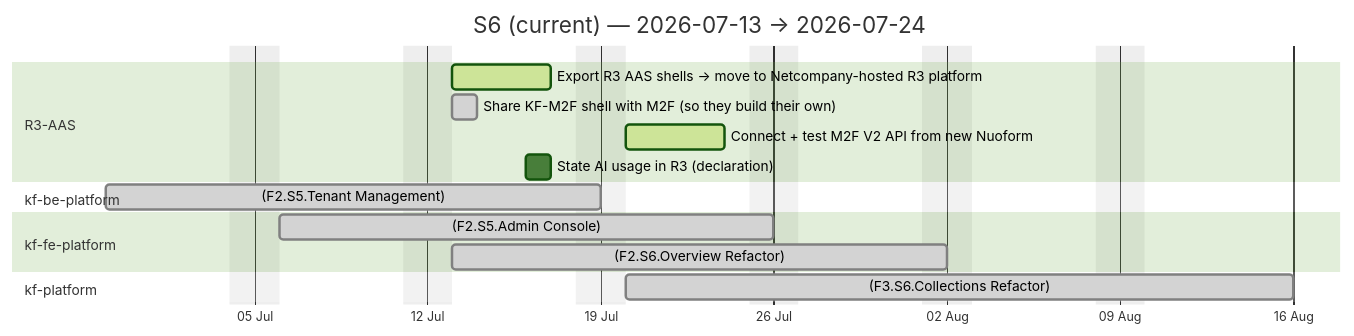
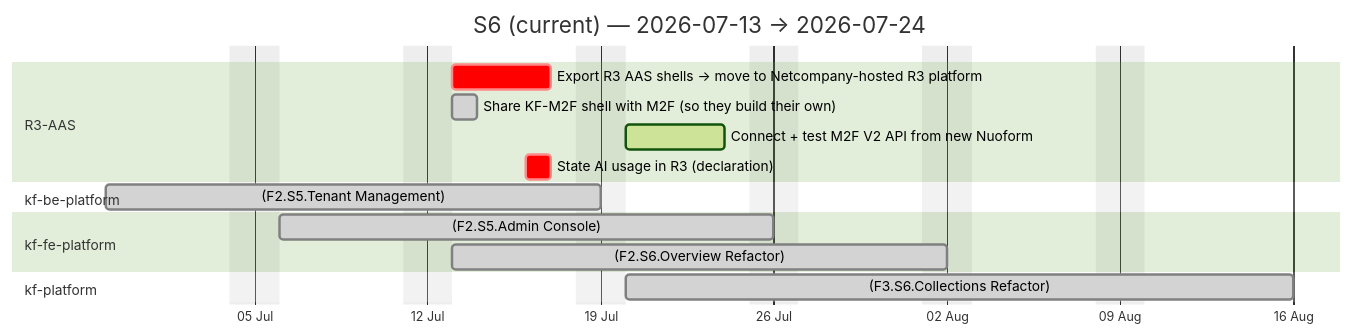
One commit to Katty-Fashion/kf-cpto changed the third of 4 diagrams in docs/agile-sprints.md. Above: the diagram before and after it, drawn with Mermaid (forest theme). The commit also changed other lines of this file and 14 other files, not shown here.

````diff
--- a/docs/agile-sprints.md
+++ b/docs/agile-sprints.md
@@ -81,20 +81,20 @@
 ```mermaid
 gantt
     title S6 (current) — 2026-07-13 → 2026-07-24
     dateFormat YYYY-MM-DD
     axisFormat %d %b
     excludes weekends
 
     section R3-AAS
-    Export R3 AAS shells → move to Netcompany-hosted R3 platform :active, 2026-07-13, 2026-07-17
+    Export R3 AAS shells → move to Netcompany-hosted R3 platform :crit, 2026-07-13, 2026-07-17
     Share KF-M2F shell with M2F (so they build their own) :done, 2026-07-13, 2026-07-14
     Connect + test M2F V2 API from new Nuoform :active, 2026-07-20, 2026-07-24
-    State AI usage in R3 (declaration) :2026-07-16, 2026-07-17
+    State AI usage in R3 (declaration) :crit, 2026-07-16, 2026-07-17
     section kf-be-platform
     (F2.S5.Tenant Management) :done, 2026-06-29, 2026-07-19
     section kf-fe-platform
     (F2.S5.Admin Console) :done, 2026-07-06, 2026-07-26
     (F2.S6.Overview Refactor) :done, 2026-07-13, 2026-08-02
     section kf-platform
     (F3.S6.Collections Refactor) :done, 2026-07-20, 2026-08-16
 ```
````
